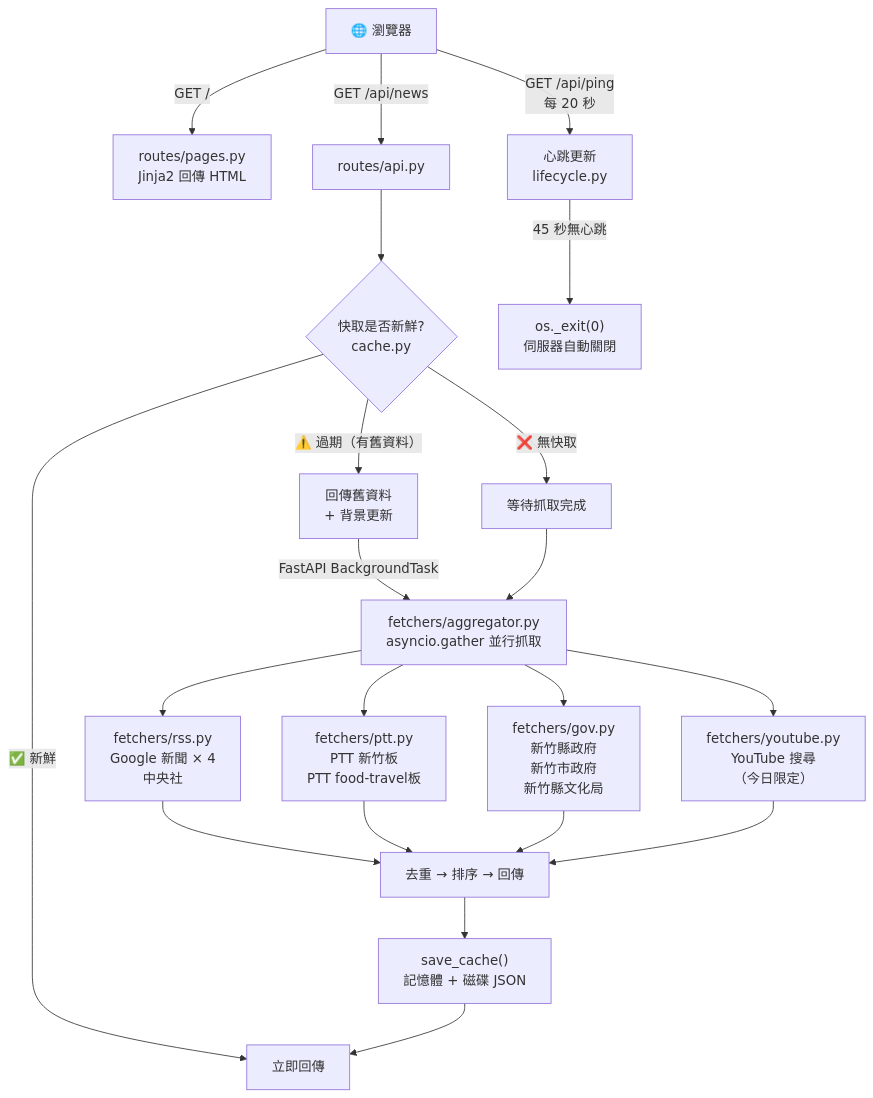
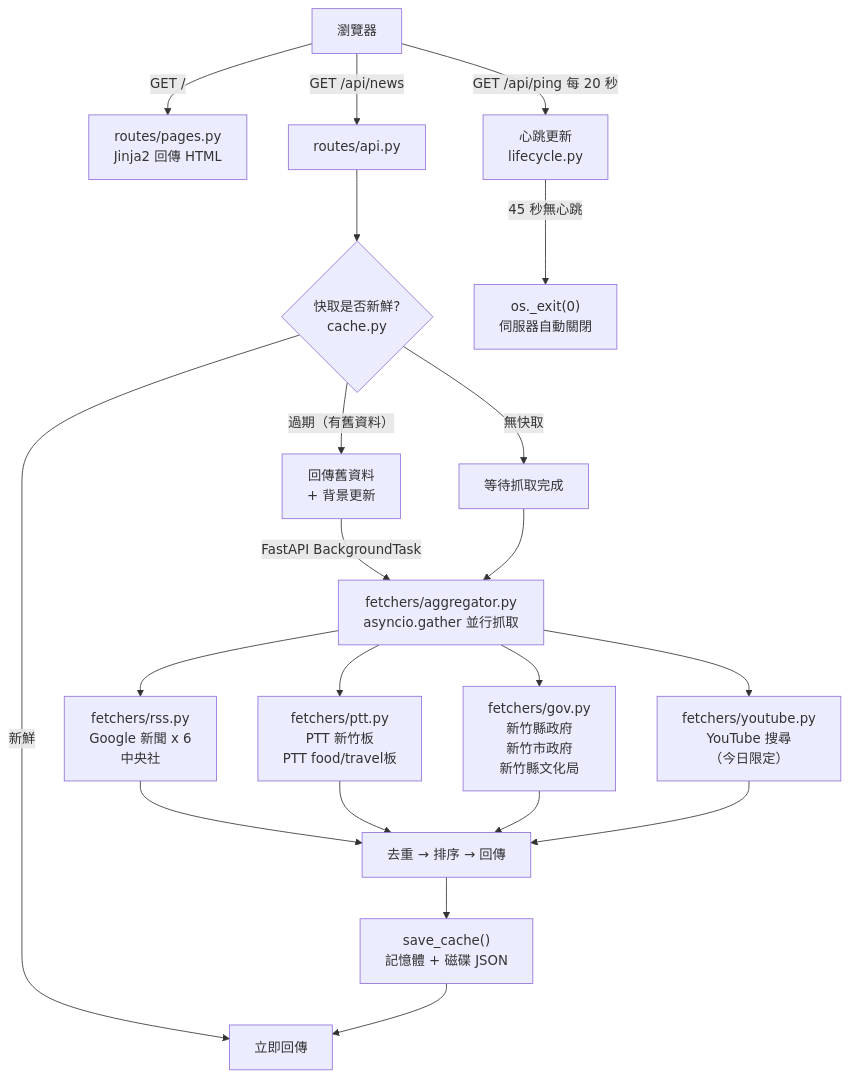
Before and after one commit to JheWeiJhang/everyday_Hsinchu_FastAPI: the first of 2 diagrams in README.md, drawn with Mermaid. The commit also changed other lines of this file and 15 other files, not shown here.

````diff
--- a/README.md
+++ b/README.md
@@ -72,30 +87,30 @@
 ```mermaid
 flowchart TD
-    Browser["🌐 瀏覽器"]
+    Browser["瀏覽器"]
 
     Browser -- "GET /" --> Pages["routes/pages.py\nJinja2 回傳 HTML"]
     Browser -- "GET /api/news" --> API["routes/api.py"]
-    Browser -- "GET /api/ping\n每 20 秒" --> Ping["心跳更新\nlifecycle.py"]
+    Browser -- "GET /api/ping 每 20 秒" --> Ping["心跳更新\nlifecycle.py"]
 
     API --> CacheCheck{"快取是否新鮮?\ncache.py"}
 
-    CacheCheck -- "✅ 新鮮" --> ReturnFresh["立即回傳"]
-    CacheCheck -- "⚠️ 過期（有舊資料）" --> ReturnStale["回傳舊資料\n+ 背景更新"]
-    CacheCheck -- "❌ 無快取" --> Wait["等待抓取完成"]
+    CacheCheck -- "新鮮" --> ReturnFresh["立即回傳"]
+    CacheCheck -- "過期（有舊資料）" --> ReturnStale["回傳舊資料\n+ 背景更新"]
+    CacheCheck -- "無快取" --> Wait["等待抓取完成"]
 
     ReturnStale -- "FastAPI BackgroundTask" --> Aggregator
     Wait --> Aggregator
 
     Aggregator["fetchers/aggregator.py\nasyncio.gather 並行抓取"]
 
-    Aggregator --> RSS["fetchers/rss.py\nGoogle 新聞 × 4\n中央社"]
-    Aggregator --> PTT["fetchers/ptt.py\nPTT 新竹板\nPTT food-travel板"]
+    Aggregator --> RSS["fetchers/rss.py\nGoogle 新聞 x 6\n中央社"]
+    Aggregator --> PTT["fetchers/ptt.py\nPTT 新竹板\nPTT food/travel板"]
     Aggregator --> Gov["fetchers/gov.py\n新竹縣政府\n新竹市政府\n新竹縣文化局"]
     Aggregator --> YT["fetchers/youtube.py\nYouTube 搜尋\n（今日限定）"]
 
     RSS & PTT & Gov & YT --> Merge["去重 → 排序 → 回傳"]
     Merge --> SaveCache["save_cache()\n記憶體 + 磁碟 JSON"]
     SaveCache --> ReturnFresh
 
     Ping -- "45 秒無心跳" --> Shutdown["os._exit(0)\n伺服器自動關閉"]
 ```
````
